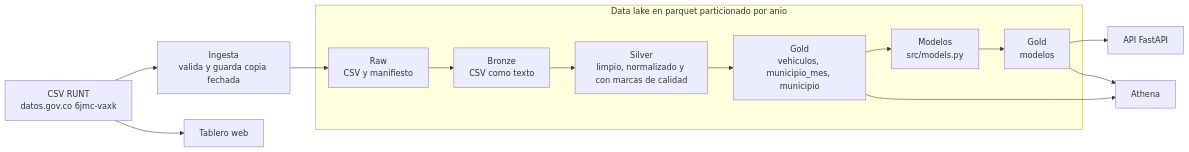
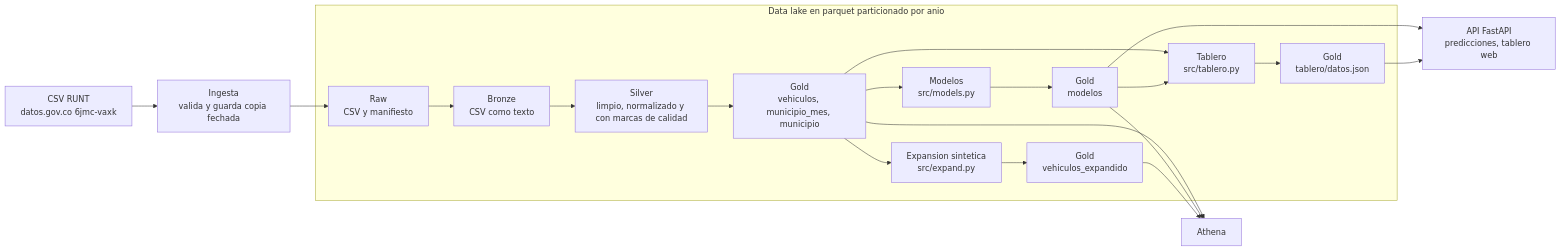
The first of 3 diagrams in README.md (stufonn-cell/accidentes_project_for_data_science), drawn with Mermaid before and after one commit. The commit also changed other lines of this file and 22 other files, not shown here.

````diff
--- a/README.md
+++ b/README.md
@@ -85,15 +88,19 @@
 ```mermaid
 flowchart LR
     fuente[CSV RUNT<br>datos.gov.co 6jmc-vaxk] --> ingesta[Ingesta<br>valida y guarda copia fechada]
     ingesta --> raw
     subgraph lago[Data lake en parquet particionado por anio]
         raw[Raw<br>CSV y manifiesto] --> bronze[Bronze<br>CSV como texto]
         bronze --> silver[Silver<br>limpio, normalizado y con marcas de calidad]
         silver --> gold[Gold<br>vehiculos, municipio_mes, municipio]
         gold --> modelos[Modelos<br>src/models.py] --> gm[Gold<br>modelos]
+        gold --> tab[Tablero<br>src/tablero.py] --> gt[Gold<br>tablero/datos.json]
+        gm --> tab
+        gold --> exp[Expansion sintetica<br>src/expand.py] --> gx[Gold<br>vehiculos_expandido]
     end
-    gm --> api[API FastAPI]
+    gm --> api[API FastAPI<br>predicciones, tablero web]
+    gt --> api
     gold --> athena[Athena]
     gm --> athena
-    fuente --> tablero[Tablero web]
+    gx --> athena
 ```
````
